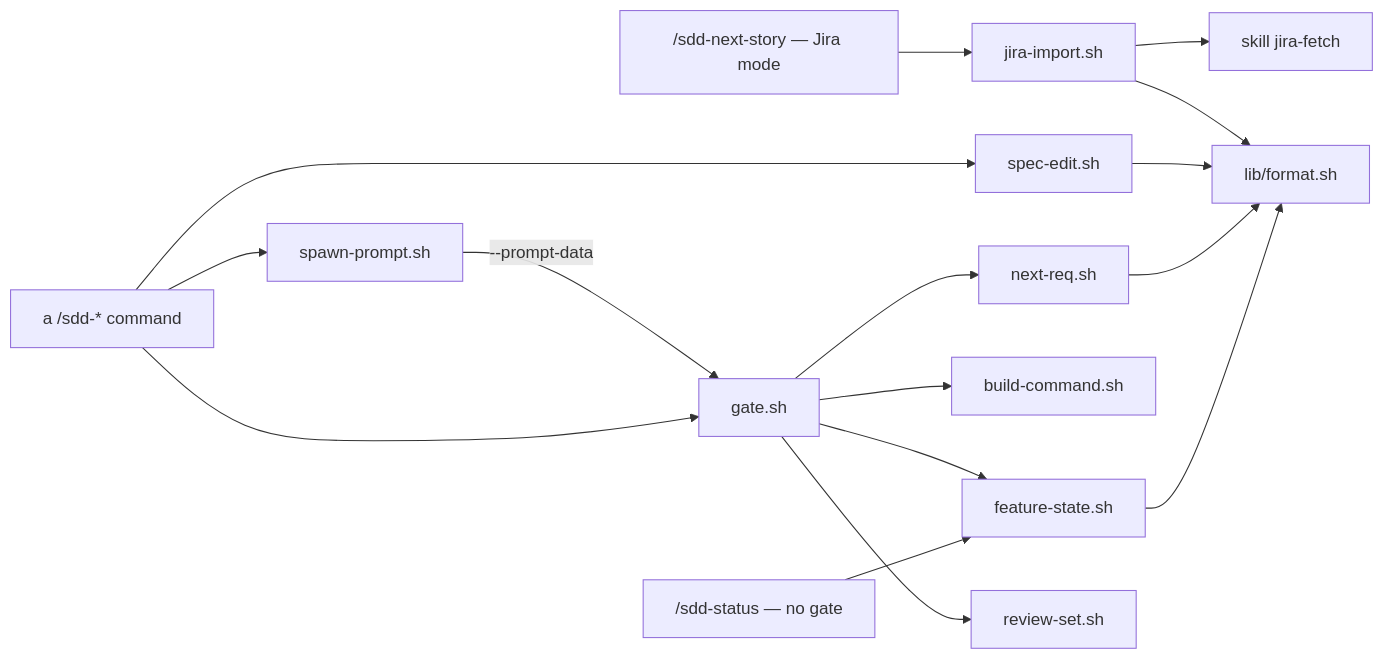
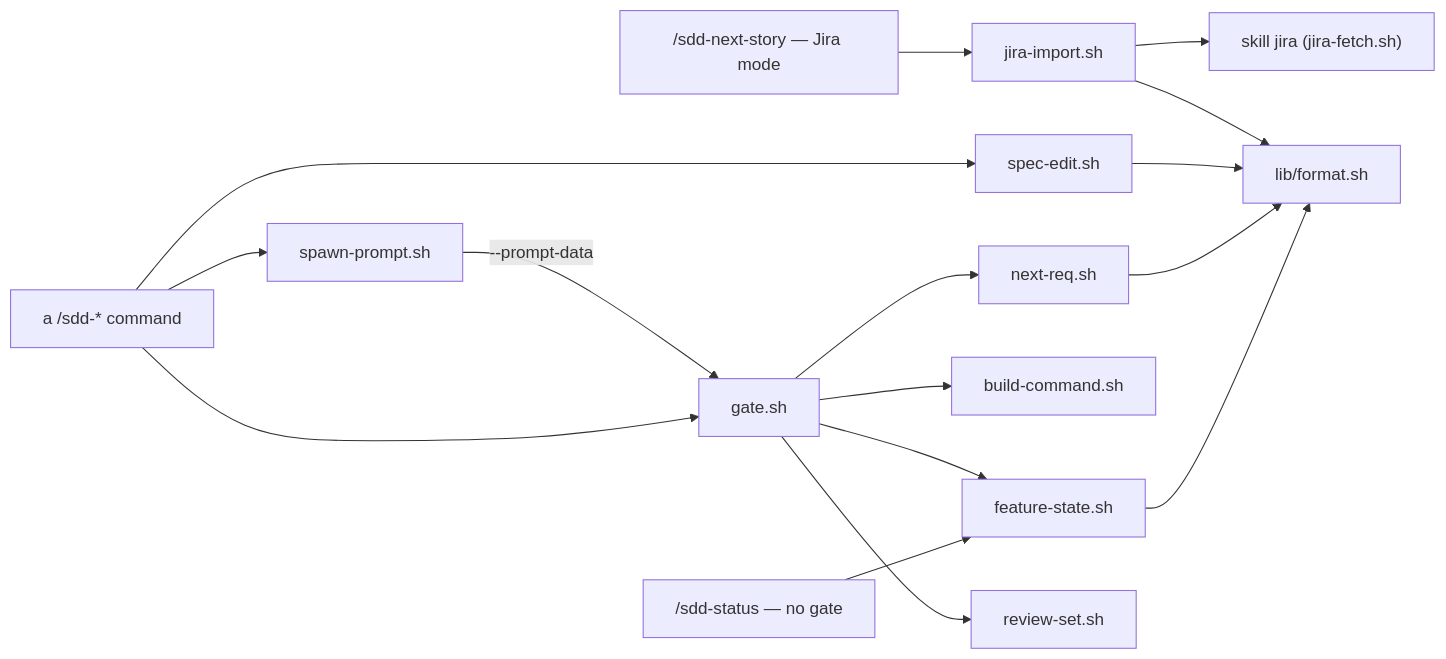
Before and after one commit to akolpako/sdd-kit: the second of 2 diagrams in ENGINE.md, drawn with Mermaid. The commit also changed other lines of this file and 111 other files, not shown here.

````diff
--- a/ENGINE.md
+++ b/ENGINE.md
@@ -210,18 +210,18 @@
 ```mermaid
 flowchart LR
     CMD["a /sdd-* command"] --> GATE["gate.sh"]
     CMD --> SE["spec-edit.sh"]
     CMD --> SPN["spawn-prompt.sh"]
     NS["/sdd-next-story — Jira mode"] --> JI["jira-import.sh"]
-    JI --> JF["skill jira-fetch"]
+    JI --> JF["skill jira (jira-fetch.sh)"]
     ST["/sdd-status — no gate"] --> FS["feature-state.sh"]
     SPN -->|"--prompt-data"| GATE
     GATE --> FS
     GATE --> BC["build-command.sh"]
     GATE --> NR["next-req.sh"]
     GATE --> RS["review-set.sh"]
     FS --> FMT["lib/format.sh"]
     NR --> FMT
     SE --> FMT
     JI --> FMT
 ```
````
